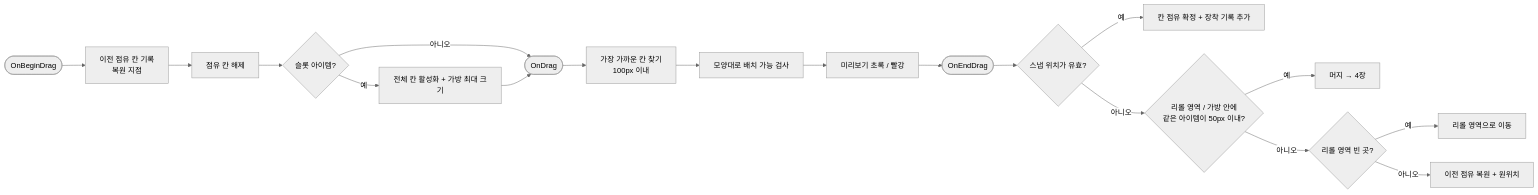
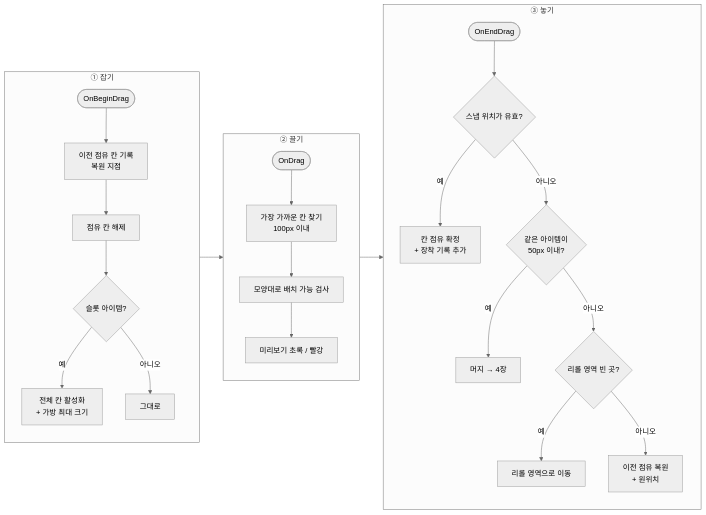
Before and after one commit to NaJungWon/portfolio: the second of 5 diagrams in src/05-inventory-player/기술문서.md, drawn with Mermaid. The commit also changed other lines of this file and 5 other files, not shown here.

````diff
--- a/src/05-inventory-player/기술문서.md
+++ b/src/05-inventory-player/기술문서.md
@@ -209,21 +155,29 @@
 ```mermaid
 %%{init: {'theme':'neutral'}}%%
 flowchart LR
-    B([OnBeginDrag]) --> B1[이전 점유 칸 기록<br/>복원 지점]
-    B1 --> B2[점유 칸 해제]
-    B2 --> B3{슬롯 아이템?}
-    B3 -->|예| B4[전체 칸 활성화 + 가방 최대 크기]
-    B3 -->|아니오| D
-    B4 --> D([OnDrag])
-    D --> D1[가장 가까운 칸 찾기<br/>100px 이내]
-    D1 --> D2[모양대로 배치 가능 검사]
-    D2 --> D3[미리보기 초록 / 빨강]
-    D3 --> E([OnEndDrag])
-    E --> E1{스냅 위치가 유효?}
-    E1 -->|예| OK[칸 점유 확정 + 장착 기록 추가]
-    E1 -->|아니오| E2{리롤 영역 / 가방 안에<br/>같은 아이템이 50px 이내?}
-    E2 -->|예| M[머지 → 4장]
-    E2 -->|아니오| E3{리롤 영역 빈 곳?}
-    E3 -->|예| R[리롤 영역으로 이동]
-    E3 -->|아니오| F[이전 점유 복원 + 원위치]
+    subgraph G1["① 잡기"]
+        direction TB
+        B([OnBeginDrag]) --> B1[이전 점유 칸 기록<br/>복원 지점]
+        B1 --> B2[점유 칸 해제]
+        B2 --> B3{슬롯 아이템?}
+        B3 -->|예| B4[전체 칸 활성화<br/>+ 가방 최대 크기]
+        B3 -->|아니오| B5[그대로]
+    end
+    subgraph G2["② 끌기"]
+        direction TB
+        D([OnDrag]) --> D1[가장 가까운 칸 찾기<br/>100px 이내]
+        D1 --> D2[모양대로 배치 가능 검사]
+        D2 --> D3[미리보기 초록 / 빨강]
+    end
+    subgraph G3["③ 놓기"]
+        direction TB
+        E([OnEndDrag]) --> E1{스냅 위치가 유효?}
+        E1 -->|예| OK[칸 점유 확정<br/>+ 장착 기록 추가]
+        E1 -->|아니오| E2{같은 아이템이<br/>50px 이내?}
+        E2 -->|예| M[머지 → 4장]
+        E2 -->|아니오| E3{리롤 영역 빈 곳?}
+        E3 -->|예| R[리롤 영역으로 이동]
+        E3 -->|아니오| F[이전 점유 복원<br/>+ 원위치]
+    end
+    G1 --> G2 --> G3
 ```
````
